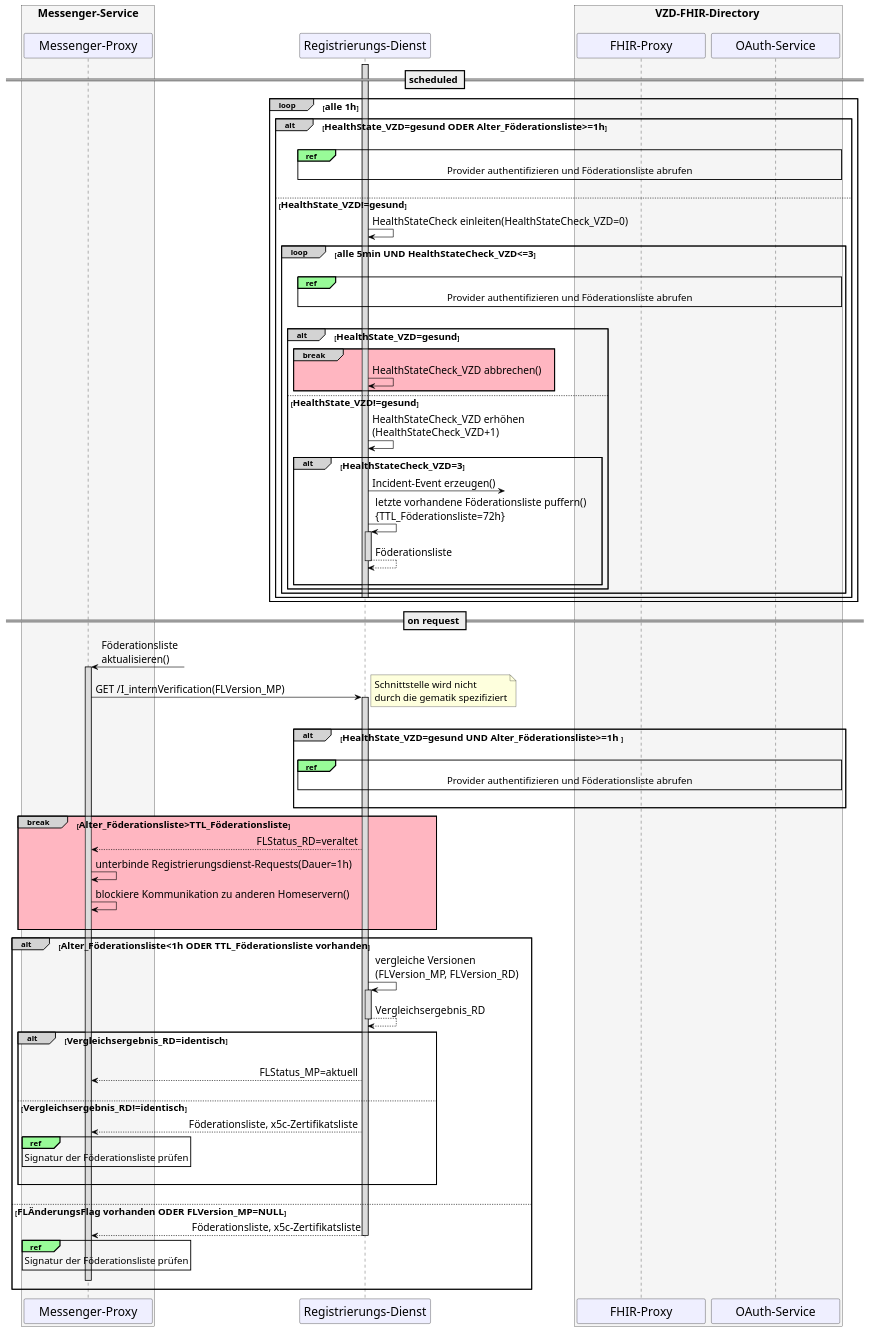
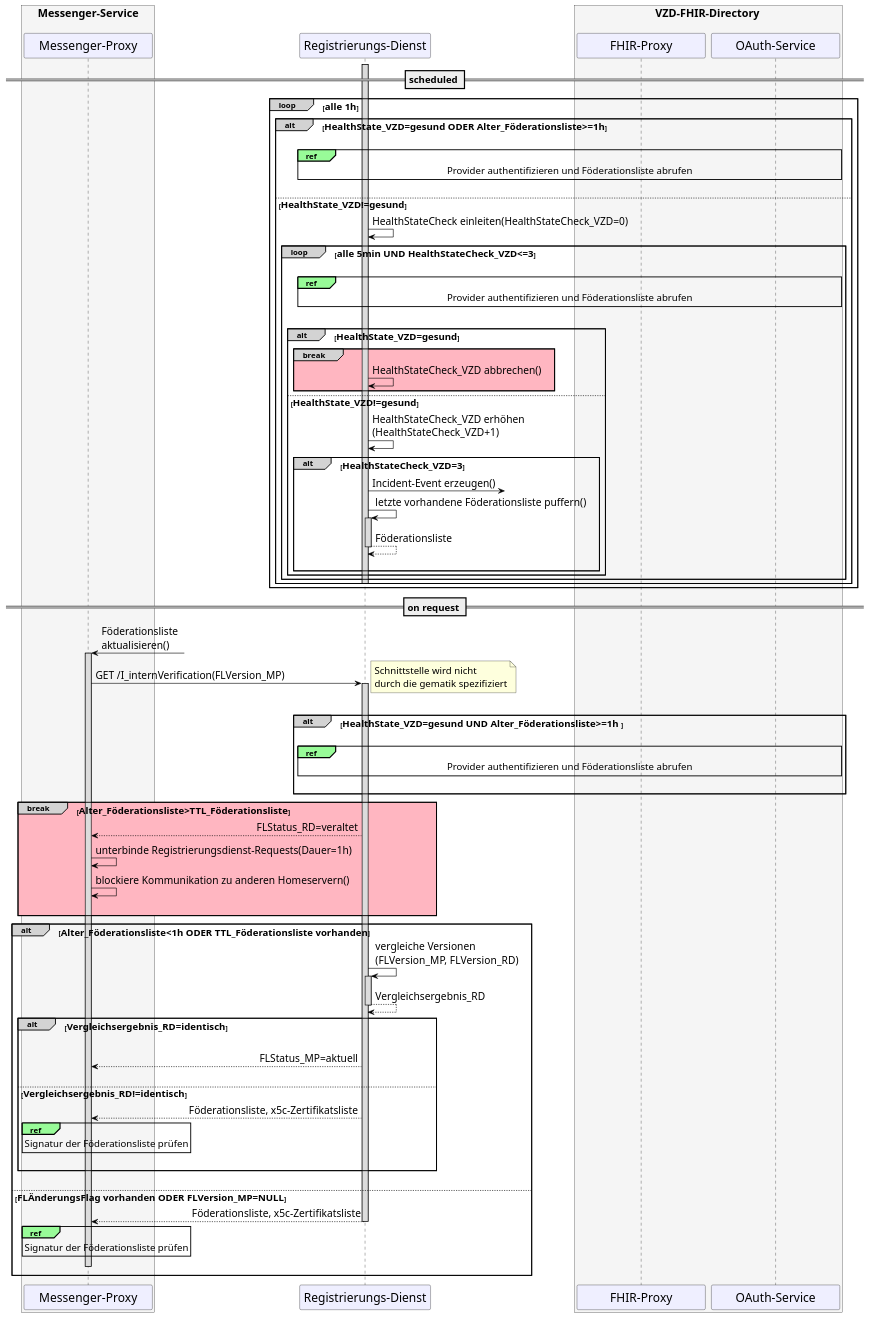
One commit to gematik/api-ti-messenger changed the diagram in src/plantuml/TI-Messenger-Dienst/Ressourcen/UC_Update_Federationlist_Seq.puml. Above: the diagram before and after it, drawn with PlantUML.

Commit message:
CGM_006 01.

```diff
--- a/src/plantuml/TI-Messenger-Dienst/Ressourcen/UC_Update_Federationlist_Seq.puml
+++ b/src/plantuml/TI-Messenger-Dienst/Ressourcen/UC_Update_Federationlist_Seq.puml
@@ -9,128 +9,128 @@
 @startuml
 skinparam sequenceMessageAlign direction
 skinparam minClassWidth 200
 skinparam BoxPadding 1
 skinparam sequenceReferenceHeaderBackgroundColor palegreen
 scale max 2048 width
 
 skinparam sequence {
 ArrowColor black
 ArrowFontSize 17
 ActorBorderColor black
 LifeLineBorderColor black
 LifeLineBackgroundColor Gainsboro
 
 ParticipantBorderColor Motivation
 ParticipantBackgroundColor Motivation
 ParticipantFontName Impact
 ParticipantFontSize 20
 ParticipantFontColor black
 ParticipantBorderColor Black
 ParticipantBackgroundColor MOTIVATION
 
 ActorBackgroundColor Gainsboro
 ActorFontColor black
 ActorFontSize 20
 ActorFontName Aapex
 }
 
 box <size:18>Messenger-Service\n #WhiteSmoke
 participant MP as "Messenger-Proxy"
 end box
 participant RD as "Registrierungs-Dienst"
 box <size:18>VZD-FHIR-Directory</size> #WhiteSmoke
   participant FP as "FHIR-Proxy"
   participant AS as "OAuth-Service"
 end box
 
 == <size:16>scheduled</size> ==
 
 loop#LightGrey <size:16>alle 1h</size>
   alt#LightGrey <size:16>HealthState_VZD=gesund ODER Alter_Föderationsliste>=1h</size>
   activate RD
   |||
   ref over AS, FP, RD
     <size:16>Provider authentifizieren und Föderationsliste abrufen</size>
   end ref
   |||
 
   else <size:16>HealthState_VZD!=gesund</size>
     RD->RD: HealthStateCheck einleiten(HealthStateCheck_VZD=0)
     loop#LightGrey <size:16>alle 5min UND HealthStateCheck_VZD<=3</size>
       |||
       ref over AS, FP, RD
         <size:16>Provider authentifizieren und Föderationsliste abrufen</size>
       end ref
       |||
       alt#LightGrey <size:16>HealthState_VZD=gesund</size>
         break#LightGrey #LightPink
           RD->RD: HealthStateCheck_VZD abbrechen()
         end
       else <size:16>HealthState_VZD!=gesund</size>
         RD->RD: HealthStateCheck_VZD erhöhen\n(HealthStateCheck_VZD+1)
         alt#LightGrey <size:16>HealthStateCheck_VZD=3</size>
           RD ->?: Incident-Event erzeugen()
-          RD->RD++: letzte vorhandene Föderationsliste puffern() \n{TTL_Föderationsliste=72h}
+          RD->RD++: letzte vorhandene Föderationsliste puffern()
           return Föderationsliste
         |||
         end
       end
     end
     deactivate RD
   end
 end
 
 == <size:16>on request</size> ==
 
 MP <-?: Föderationsliste \naktualisieren()
 activate MP
 MP->RD: GET /I_internVerification(FLVersion_MP)
 note right: <size:16>Schnittstelle wird nicht \n<size:16>durch die gematik spezifiziert</size>
 |||
   Activate RD
 
 alt#LightGrey <size:16>HealthState_VZD=gesund UND Alter_Föderationsliste>=1h </size>
 
   |||
   ref over AS, FP, RD
     <size:16>Provider authentifizieren und Föderationsliste abrufen</size>
   end ref
   |||
 
 end
 
 break#LightGrey #LightPink <size:16>Alter_Föderationsliste>TTL_Föderationsliste</size>
   RD-->MP: FLStatus_RD=veraltet
   MP->MP: unterbinde Registrierungsdienst-Requests(Dauer=1h)
   MP->MP: blockiere Kommunikation zu anderen Homeservern()
   |||
 end
 
 alt#LightGrey <size:16>Alter_Föderationsliste<1h ODER TTL_Föderationsliste vorhanden</size>
   RD->RD++: vergleiche Versionen\n(FLVersion_MP, FLVersion_RD)
   return Vergleichsergebnis_RD
 
   alt#LightGrey <size:16>Vergleichsergebnis_RD=identisch</size>
     |||
     RD-->MP: FLStatus_MP=aktuell
     |||
 
   else <size:16>Vergleichsergebnis_RD!=identisch</size>
     RD-->MP: Föderationsliste, x5c-Zertifikatsliste
     ref over MP
       <size:16>Signatur der Föderationsliste prüfen</size>
     end ref
     |||
   end
   |||
 
 else <size:16>FLÄnderungsFlag vorhanden ODER FLVersion_MP=NULL</size>
   RD-->MP: Föderationsliste, x5c-Zertifikatsliste
   Deactivate RD
   ref over MP
     <size:16>Signatur der Föderationsliste prüfen</size>
   end ref
   MP-[hidden]> MP
   deactivate MP
 end
 @enduml
```
